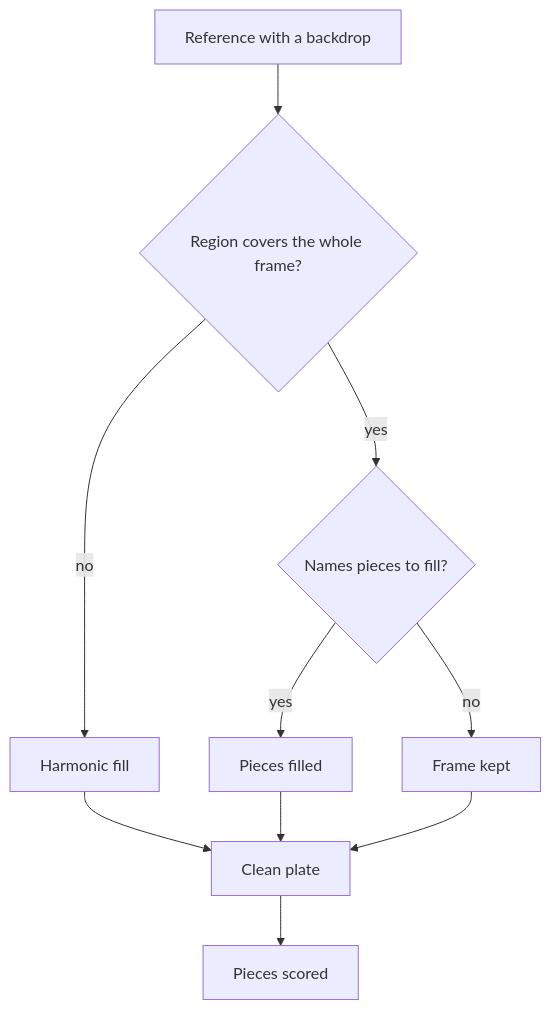
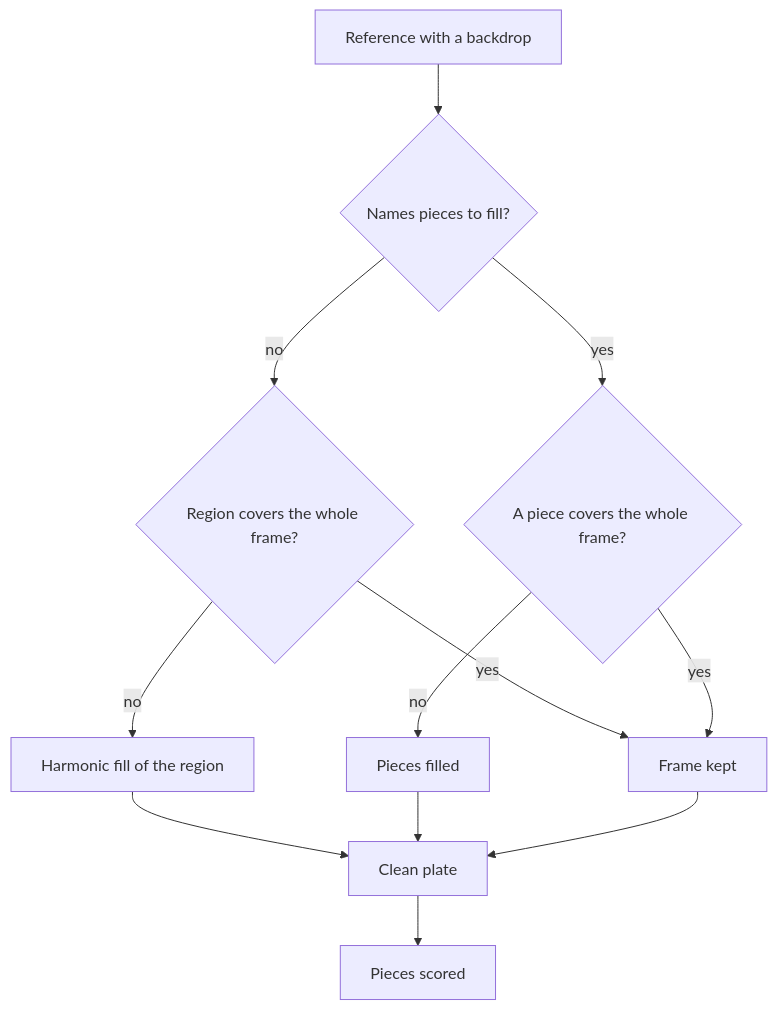
The diagram in openspec/specs/genshin/parity/clean-plate/design.md (Esposter/Esposter), drawn with Mermaid before and after one commit. The commit also changed 22 other files, not shown here.

````diff
--- a/openspec/specs/genshin/parity/clean-plate/design.md
+++ b/openspec/specs/genshin/parity/clean-plate/design.md
@@ -7,12 +7,14 @@
 ```mermaid
 flowchart TD
-  REF["Reference with a backdrop"] --> FULL{"Region covers the whole frame?"}
-  FULL -->|no| FILL["Harmonic fill"]
-  FULL -->|yes| NAMED{"Names pieces to fill?"}
-  NAMED -->|yes| PIECES["Pieces filled"]
-  NAMED -->|no| FRAME["Frame kept"]
+  REF["Reference with a backdrop"] --> NAMED{"Names pieces to fill?"}
+  NAMED -->|no| FULL{"Region covers the whole frame?"}
+  NAMED -->|yes| PFULL{"A piece covers the whole frame?"}
+  FULL -->|no| FILL["Harmonic fill of the region"]
+  FULL -->|yes| FRAME["Frame kept"]
+  PFULL -->|no| PIECES["Pieces filled"]
+  PFULL -->|yes| FRAME
   FILL --> PLATE["Clean plate"]
   PIECES --> PLATE
   FRAME --> PLATE
   PLATE --> SCORE["Pieces scored"]
 ```
````
